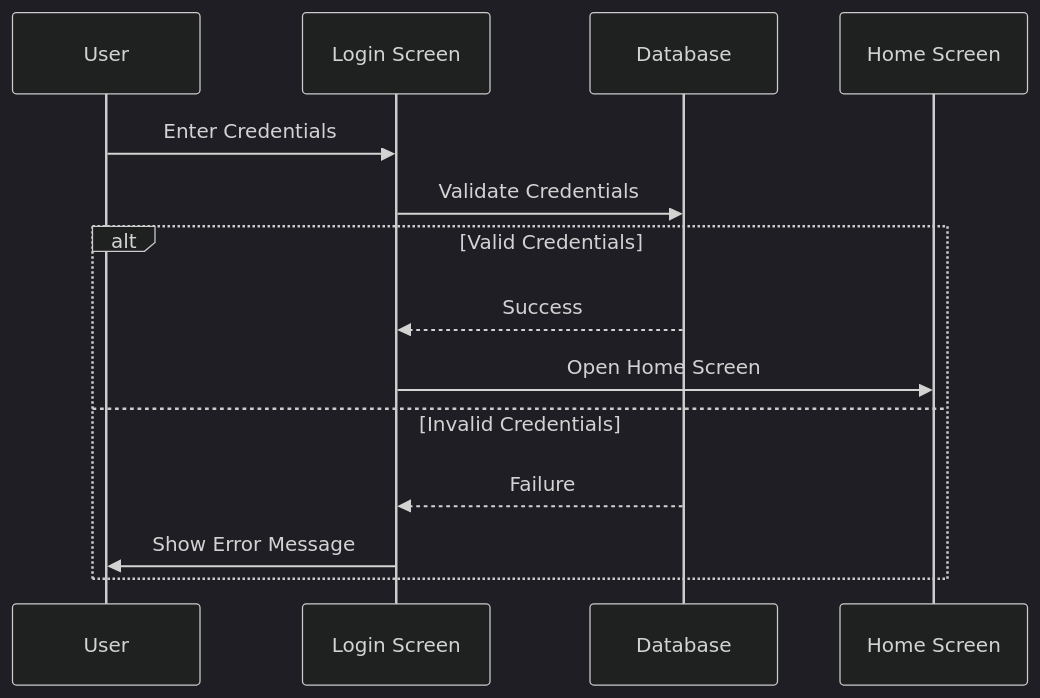
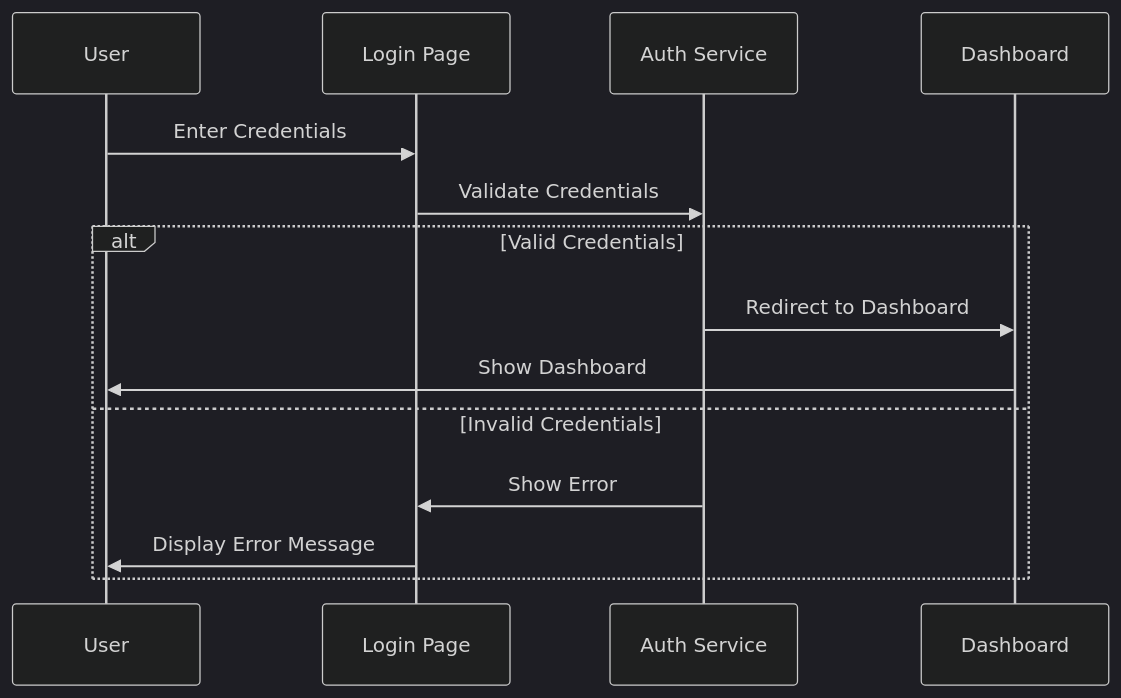
The first of 3 diagrams in docs/web.md (Barath-07-tech/codebase_doc), drawn with Mermaid (dark theme) before and after one commit. The commit also changed other lines of this file and 15 other files, not shown here.

````diff
--- a/docs/web.md
+++ b/docs/web.md
@@ -33,17 +178,17 @@
 ```mermaid
 sequenceDiagram
     participant U as User
-    participant L as Login Screen
-    participant DB as Database
-    participant H as Home Screen
-
+    participant L as Login Page
+    participant A as Auth Service
+    participant D as Dashboard
+    
     U->>L: Enter Credentials
-    L->>DB: Validate Credentials
+    L->>A: Validate Credentials
     alt Valid Credentials
-        DB-->>L: Success
-        L->>H: Open Home Screen
+        A->>D: Redirect to Dashboard
+        D->>U: Show Dashboard
     else Invalid Credentials
-        DB-->>L: Failure
-        L->>U: Show Error Message
+        A->>L: Show Error
+        L->>U: Display Error Message
     end
 ```
````
